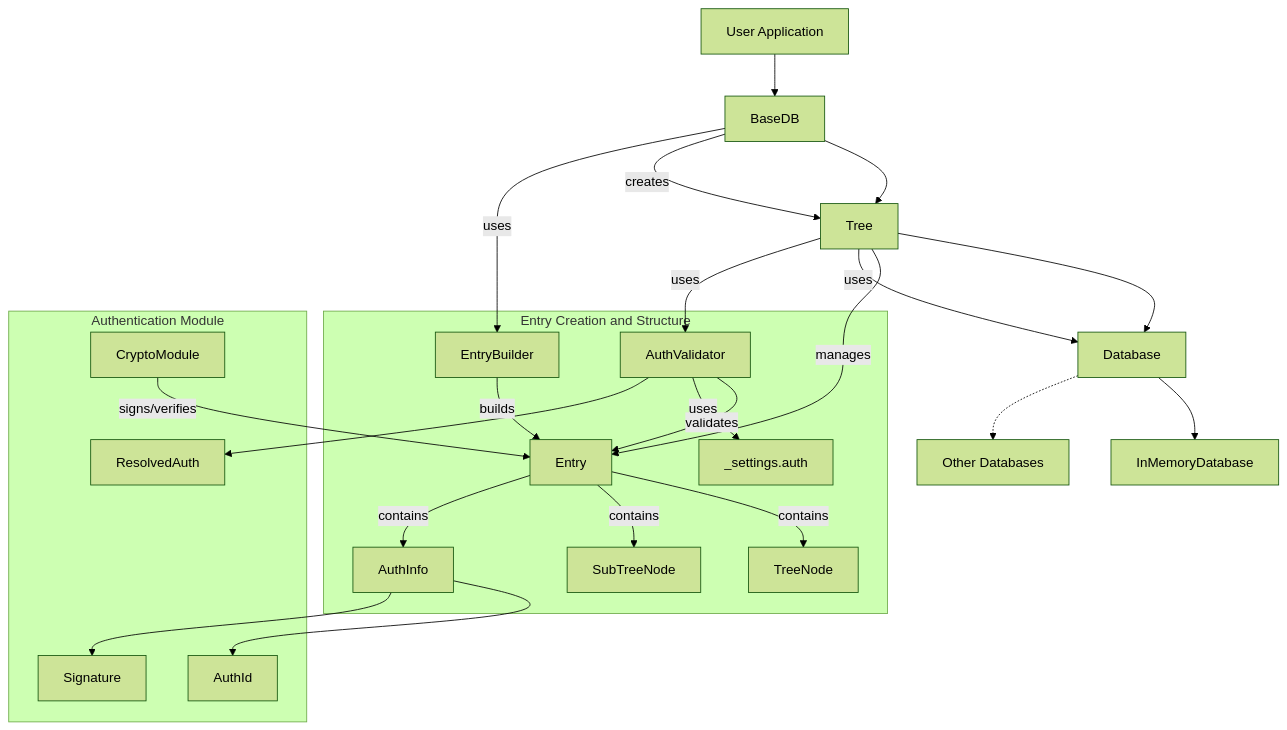
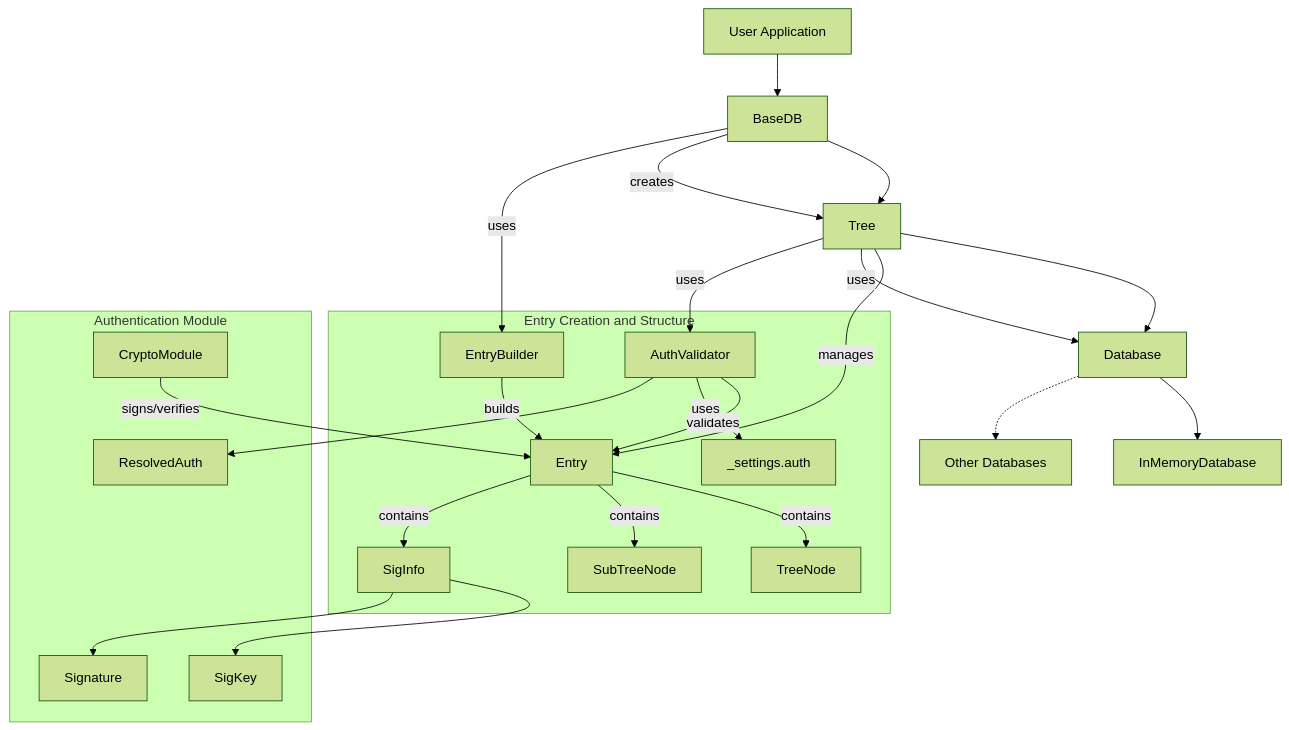
Before and after one commit to arcuru/eidetica: the diagram in docs/src/internal/index.md, drawn with Mermaid (forest theme). The commit also changed 4 other files, not shown here.

````diff
--- a/docs/src/internal/index.md
+++ b/docs/src/internal/index.md
@@ -9,30 +9,30 @@
 ```mermaid
 graph TD
     A[User Application] --> B[BaseDB]
     B --> C[Tree]
     C --> E[Database]
     E --> F[InMemoryDatabase]
     E -.-> G[Other Databases]
 
     subgraph Entry Creation and Structure
         H[EntryBuilder] -- builds --> D[Entry]
         D -- contains --> I[TreeNode]
         D -- contains --> J[SubTreeNode]
-        D -- contains --> K[AuthInfo]
+        D -- contains --> K[SigInfo]
         L[AuthValidator] -- validates --> D
         L -- uses --> M[_settings.auth]
     end
 
     subgraph Authentication Module
-        K --> N[AuthId]
+        K --> N[SigKey]
         K --> O[Signature]
         L --> P[ResolvedAuth]
         Q[CryptoModule] -- signs/verifies --> D
     end
 
     B -- creates --> C
     C -- manages --> D
     B -- uses --> H
     C -- uses --> E
     C -- uses --> L
 ```
````
